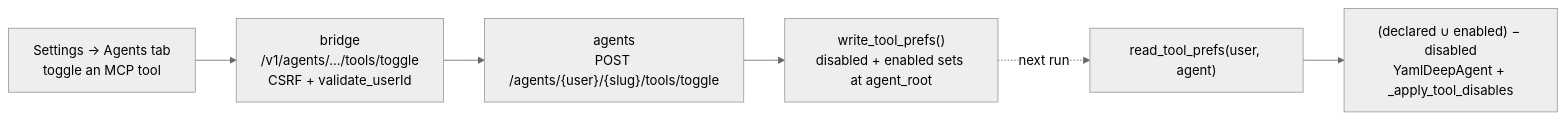
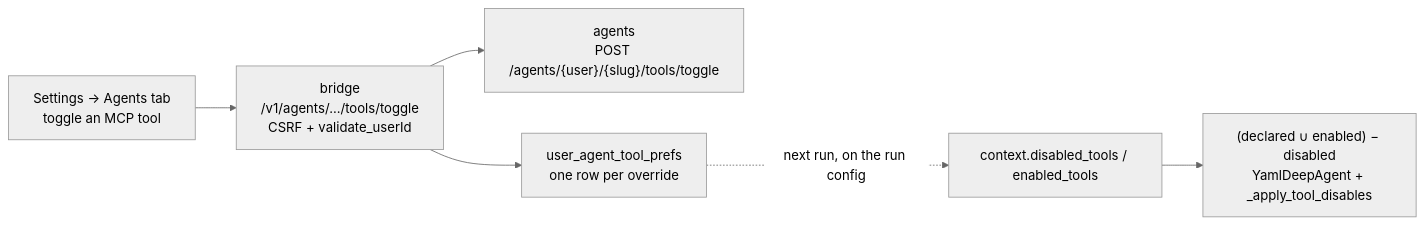
The fourth of 5 diagrams in docs/development/tool-harness.md (konstantinosmpouros/mAgenticX), drawn with Mermaid (neutral theme) before and after one commit. The commit also changed other lines of this file and 16 other files, not shown here.

Commit message:
feat(dialogue_bridge,agents): move per-agent tool overrides into chat_db

````diff
--- a/docs/development/tool-harness.md
+++ b/docs/development/tool-harness.md
@@ -151,8 +151,8 @@
 ```mermaid
 flowchart LR
     UI["Settings → Agents tab<br/>toggle an MCP tool"] --> BR["bridge<br/>/v1/agents/.../tools/toggle<br/>CSRF + validate_userId"]
     BR --> AG["agents<br/>POST /agents/{user}/{slug}/tools/toggle"]
-    AG --> TP["write_tool_prefs()<br/>disabled + enabled sets at agent_root"]
-    TP -. next run .-> RD["read_tool_prefs(user, agent)"]
+    BR --> TP["user_agent_tool_prefs<br/>one row per override"]
+    TP -. next run, on the run config .-> RD["context.disabled_tools / enabled_tools"]
     RD --> APD["(declared ∪ enabled) − disabled<br/>YamlDeepAgent + _apply_tool_disables"]
 ```
````
